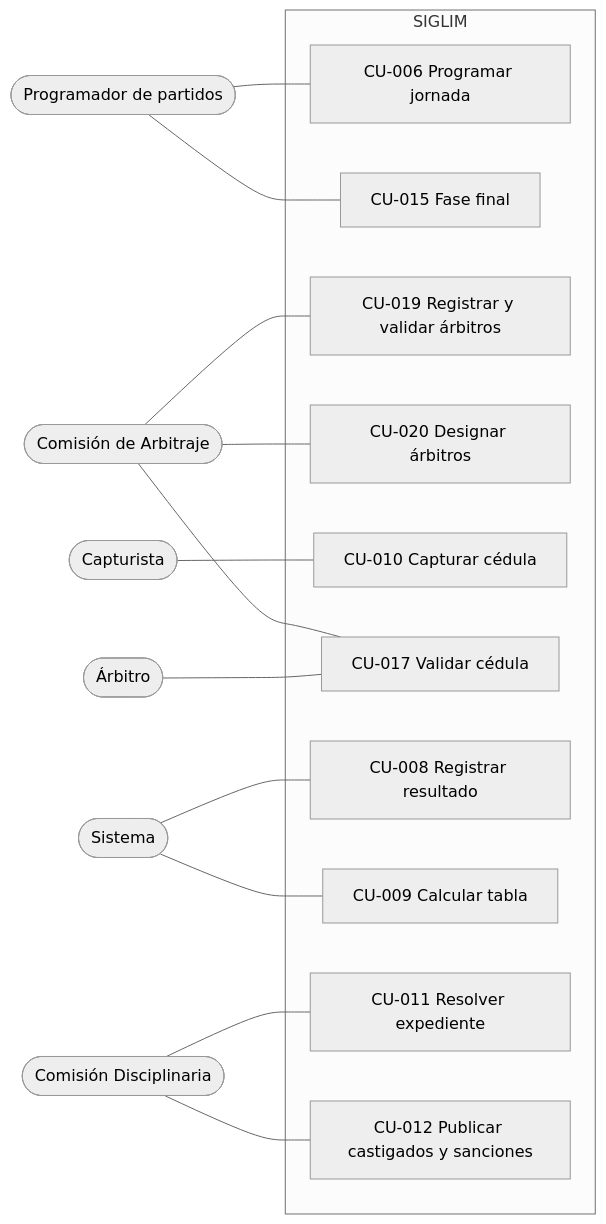
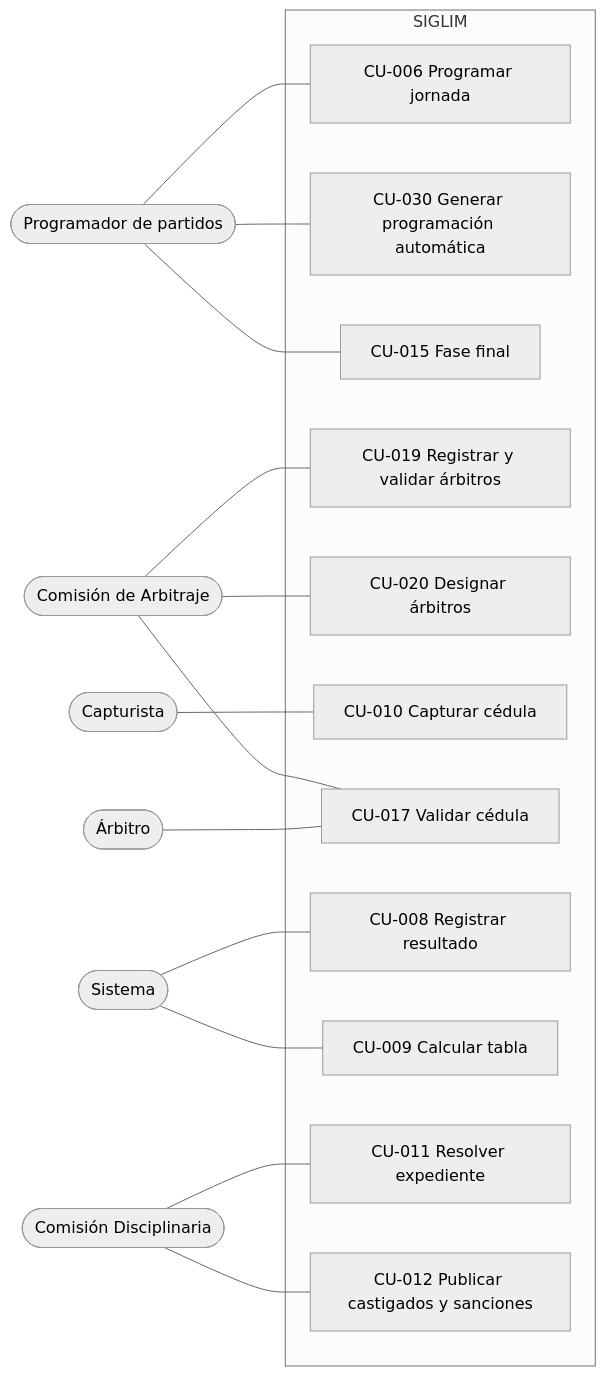
Before and after one commit to SIGLIM-org/SIGLIM: the fourth of 21 diagrams in docs/requisitos/ERS.md, drawn with Mermaid (neutral theme). The commit also changed other lines of this file and 6 other files, not shown here.

First line of the commit message:
docs(m07): ERS rev 0.5 con la programación automática (T-06.4)

````diff
--- a/docs/requisitos/ERS.md
+++ b/docs/requisitos/ERS.md
@@ -919,27 +931,28 @@
 ```mermaid
 flowchart LR
     PRO([Programador de partidos])
     CAR([Comisión de Arbitraje])
     CAP([Capturista])
     ARB([Árbitro])
     CDI([Comisión Disciplinaria])
     SYS([Sistema])
     subgraph S2[SIGLIM]
         CU006[CU-006 Programar jornada]
+        CU030[CU-030 Generar programación automática]
         CU015[CU-015 Fase final]
         CU019[CU-019 Registrar y validar árbitros]
         CU020[CU-020 Designar árbitros]
         CU010[CU-010 Capturar cédula]
         CU017[CU-017 Validar cédula]
         CU008[CU-008 Registrar resultado]
         CU009[CU-009 Calcular tabla]
         CU011[CU-011 Resolver expediente]
         CU012[CU-012 Publicar castigados y sanciones]
     end
-    PRO --- CU006 & CU015
+    PRO --- CU006 & CU030 & CU015
     CAR --- CU019 & CU020 & CU017
     CAP --- CU010
     ARB --- CU017
     CDI --- CU011 & CU012
     SYS --- CU008 & CU009
 ```
````
